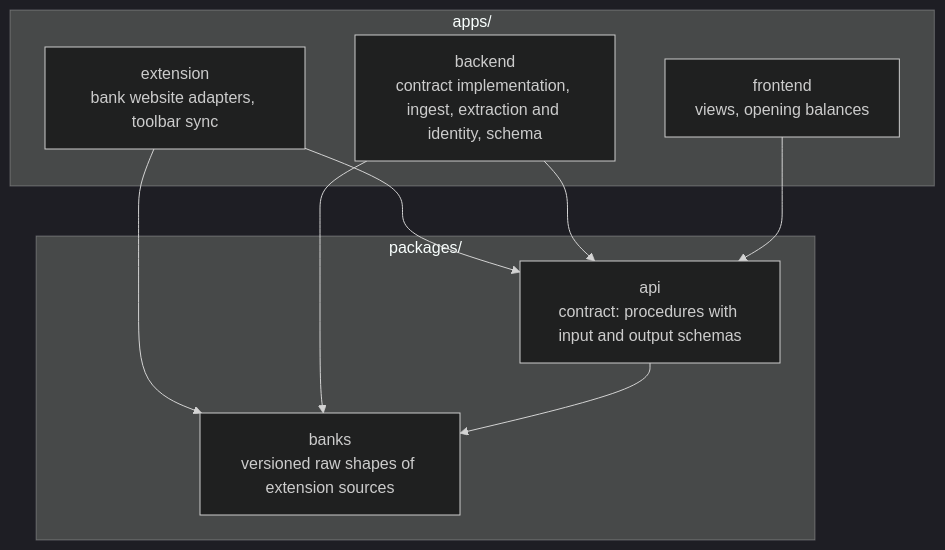
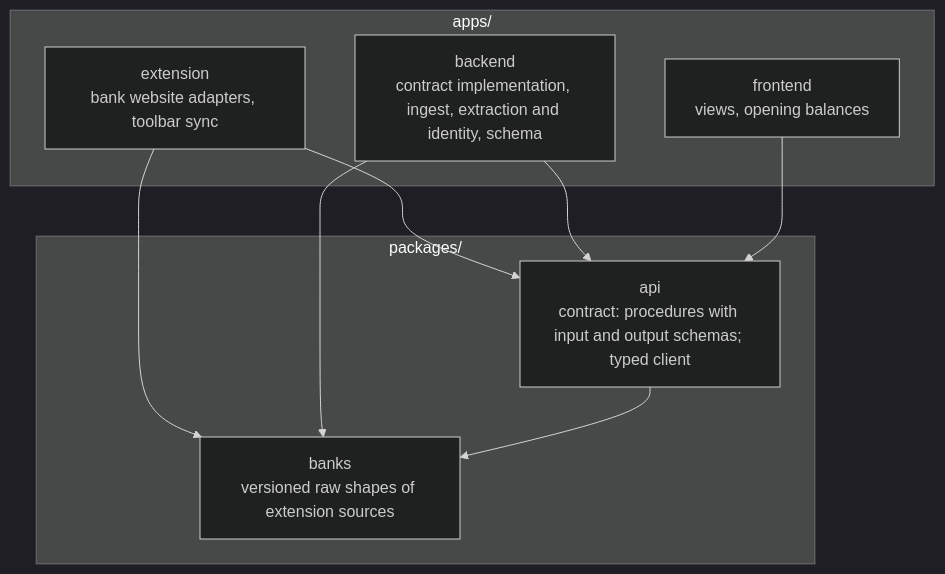
One commit to lennartmoeller/finance-tracker changed the fourth of 5 diagrams in docs/architecture.md. Above: the diagram before and after it, drawn with Mermaid (dark theme). The commit also changed other lines of this file and 53 other files, not shown here.

````diff
--- a/docs/architecture.md
+++ b/docs/architecture.md
@@ -96,18 +108,18 @@
 ```mermaid
 flowchart TD
   subgraph apps["apps/"]
     extension["extension<br/>bank website adapters, toolbar sync"]
     backend["backend<br/>contract implementation, ingest, extraction and identity, schema"]
     frontend["frontend<br/>views, opening balances"]
   end
   subgraph packages["packages/"]
-    api["api<br/>contract: procedures with input and output schemas"]
+    api["api<br/>contract: procedures with input and output schemas; typed client"]
     banks["banks<br/>versioned raw shapes of extension sources"]
   end
   extension --> api
   extension --> banks
   backend --> api
   backend --> banks
   frontend --> api
   api --> banks
 ```
````
